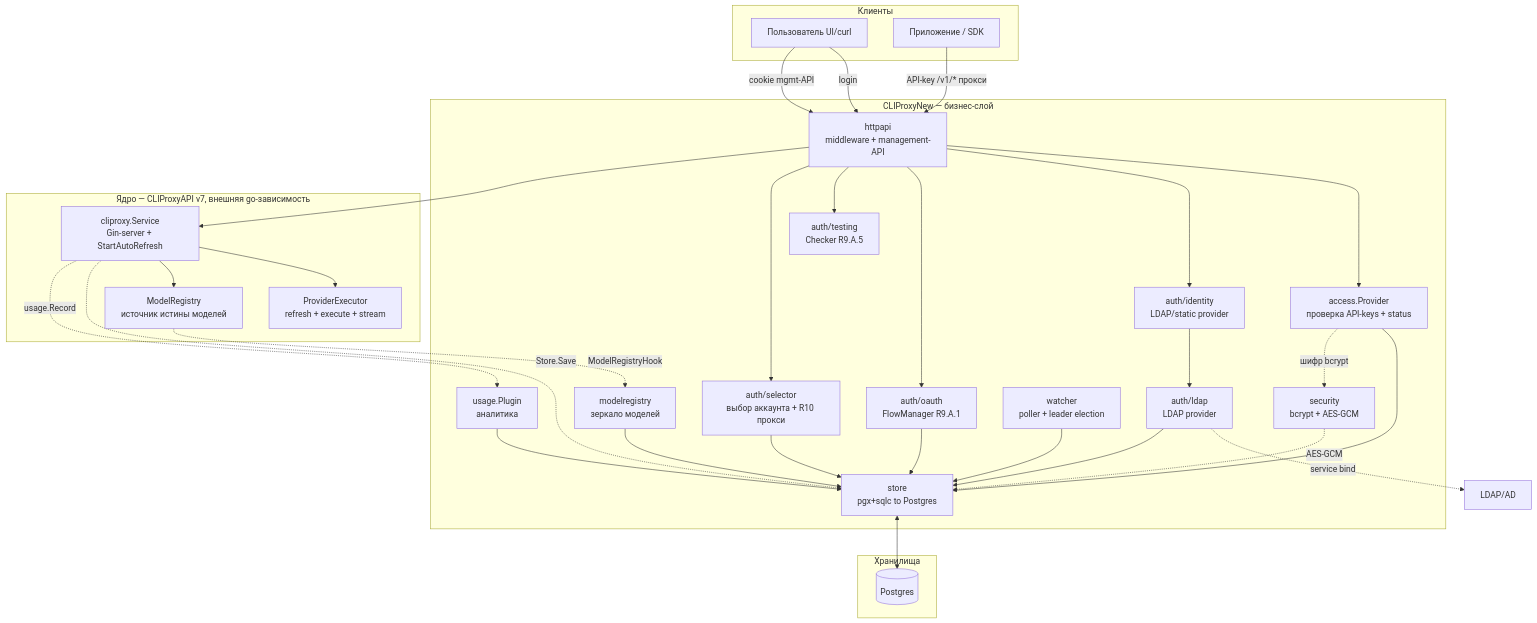
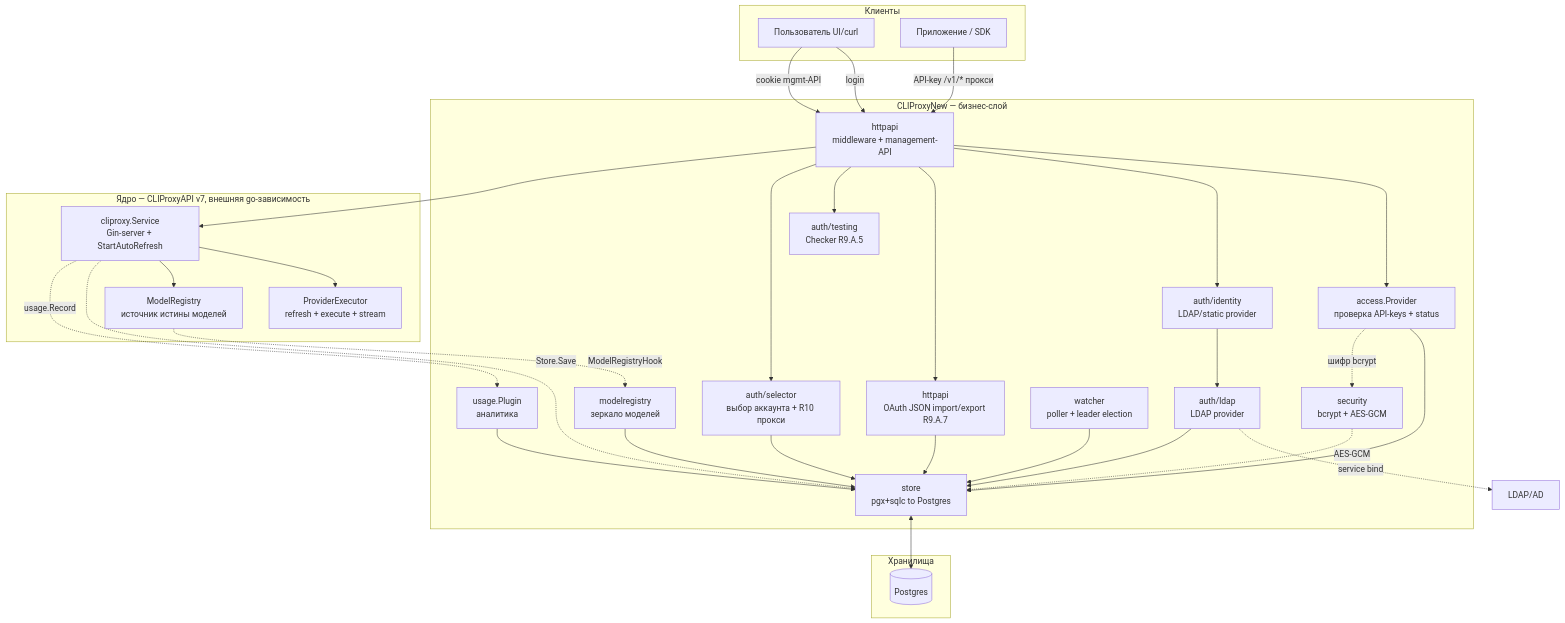
The first of 7 diagrams in docs/architecture.md (ilyast91/CLIProxyNew), drawn with Mermaid before and after one commit. The commit also changed other lines of this file and 25 other files, not shown here.

Commit message:
feat(httpapi): добавить файловый импорт OAuth credential

````diff
--- a/docs/architecture.md
+++ b/docs/architecture.md
@@ -14,59 +14,59 @@
 ```mermaid
 graph TB
     subgraph Client["Клиенты"]
         U["Пользователь UI/curl"]
         APP["Приложение / SDK"]
     end
 
     subgraph CLIProxyNew["CLIProxyNew — бизнес-слой"]
         H["httpapi<br/>middleware + management-API"]
         A["access.Provider<br/>проверка API-keys + status"]
         IDP["auth/identity<br/>LDAP/static provider"]
         LDAP["auth/ldap<br/>LDAP provider"]
         SEL["auth/selector<br/>выбор аккаунта + R10 прокси"]
-        OAUTH["auth/oauth<br/>FlowManager R9.A.1"]
+        OAUTHIMP["httpapi<br/>OAuth JSON import/export R9.A.7"]
         TEST["auth/testing<br/>Checker R9.A.5"]
         USG["usage.Plugin<br/>аналитика"]
         ST["store<br/>pgx+sqlc to Postgres"]
         SEC["security<br/>bcrypt + AES-GCM"]
         W["watcher<br/>poller + leader election"]
         MR["modelregistry<br/>зеркало моделей"]
     end
 
     subgraph Core["Ядро — CLIProxyAPI v7, внешняя go-зависимость"]
         SVC["cliproxy.Service<br/>Gin-server + StartAutoRefresh"]
         EXEC["ProviderExecutor<br/>refresh + execute + stream"]
         REG["ModelRegistry<br/>источник истины моделей"]
     end
 
     subgraph DS["Хранилища"]
         PG[("Postgres")]
     end
 
     U -->|login| H
     U -->|cookie mgmt-API| H
     APP -->|API-key /v1/* прокси| H
     H --> A
     H --> IDP
     IDP --> LDAP
-    H --> OAUTH
+    H --> OAUTHIMP
     H --> TEST
     H --> SEL
     H --> SVC
     SVC --> EXEC
     SVC --> REG
     A --> ST
     LDAP -.->|service bind| LDAPSrv["LDAP/AD"]
     LDAP --> ST
     SEL --> ST
-    OAUTH --> ST
+    OAUTHIMP --> ST
     USG --> ST
     W --> ST
     MR --> ST
     ST <--> PG
     A -.->|шифр bcrypt| SEC
     SVC -.->|Store.Save| ST
     SVC -.->|usage.Record| USG
     REG -.->|ModelRegistryHook| MR
     SEC -.->|AES-GCM| ST
 ```
````
